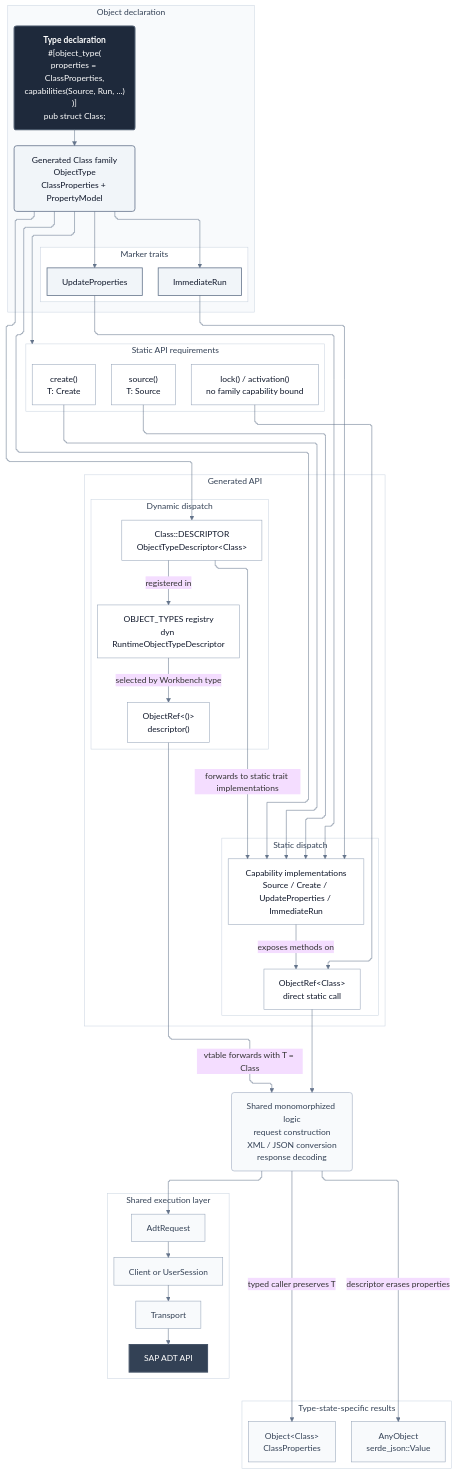
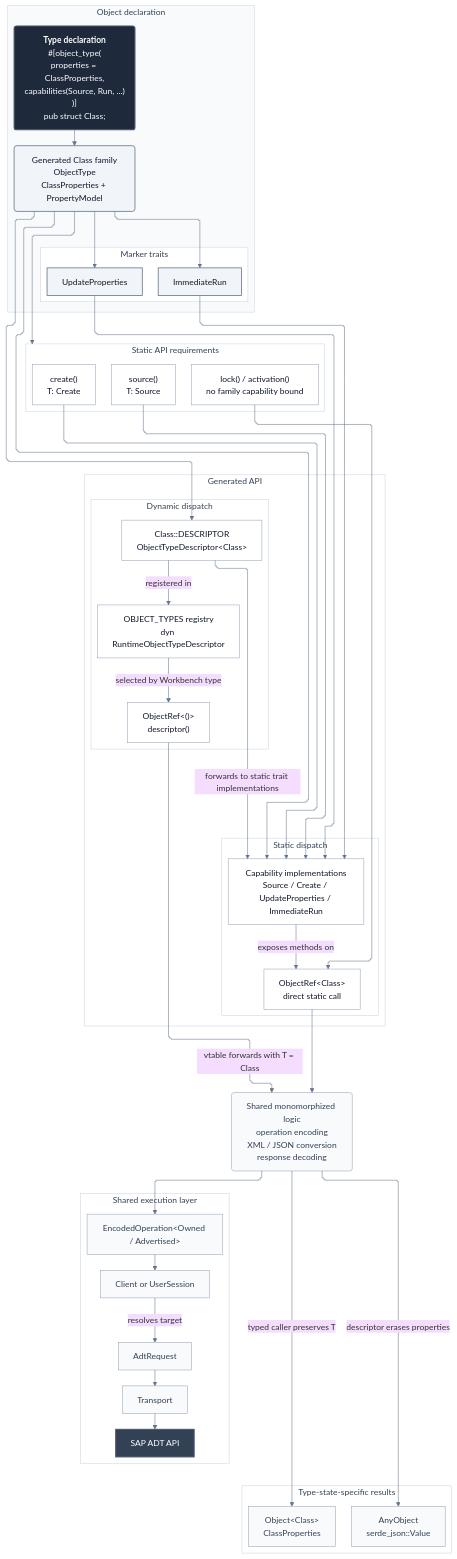
One commit to kennyhml/ziege changed the diagram in crates/zadt/README.md. Above: the diagram before and after it, drawn with Mermaid. The commit also changed 35 other files, not shown here.

Commit message:
refactor(zadt): split operation target from encoding

```diff
--- a/crates/zadt/README.md
+++ b/crates/zadt/README.md
@@ -111,6 +111,7 @@
     subgraph EXECUTION["Shared execution layer"]
         direction LR
         EXECUTOR["Client or UserSession"]
+        ENCODED["EncodedOperation&lt;Owned / Advertised&gt;"]
         REQUEST["AdtRequest"]
         TRANSPORT["Transport"]
         SAP["SAP ADT API"]
@@ -131,15 +132,16 @@
     REGISTRY -->|selected by Workbench type| RUNTIME_CALL
     DESCRIPTOR -->|forwards to static trait implementations| CAPABILITIES
 
-    TYPED_CALL --> LOGIC["Shared monomorphized logic<br>request construction<br>XML / JSON conversion<br>response decoding"]
+    TYPED_CALL --> LOGIC["Shared monomorphized logic<br>operation encoding<br>XML / JSON conversion<br>response decoding"]
     RUNTIME_CALL -->|vtable forwards with T = Class| LOGIC
     LOGIC -->|typed caller preserves T| TYPED_OBJECT
     LOGIC -->|descriptor erases properties| RUNTIME_OBJECT
 
-    REQUEST --> EXECUTOR
-    EXECUTOR --> TRANSPORT
+    ENCODED --> EXECUTOR
+    EXECUTOR -->|resolves target| REQUEST
+    REQUEST --> TRANSPORT
     TRANSPORT --> SAP
-    LOGIC --> REQUEST
+    LOGIC --> ENCODED
 
     DECLARATION@{ shape: event }
     FAMILY@{ shape: rounded }
@@ -154,7 +156,7 @@
     class DECLARATION declaration
     class FAMILY,UPDATE,RUN accent
     class CREATE,SOURCE,IDENTITY,CAPABILITIES,TYPED_CALL,DESCRIPTOR,REGISTRY,RUNTIME_CALL node
-    class TYPED_OBJECT,RUNTIME_OBJECT,LOGIC,REQUEST,EXECUTOR,TRANSPORT muted
+    class TYPED_OBJECT,RUNTIME_OBJECT,LOGIC,ENCODED,REQUEST,EXECUTOR,TRANSPORT muted
     class SAP backend
 
     style DEFINITION fill:#f8fafc,stroke:#cbd5e1,color:#334155
```
